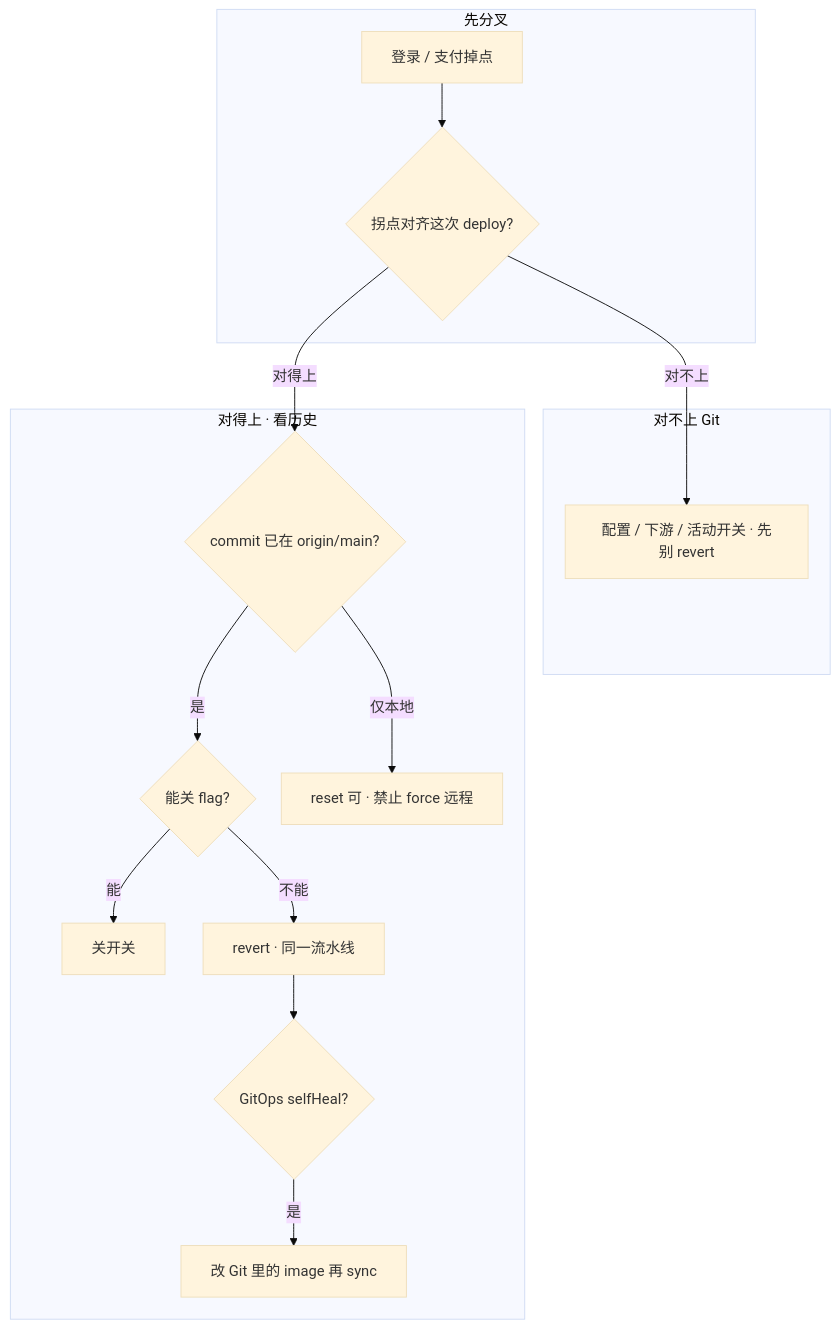
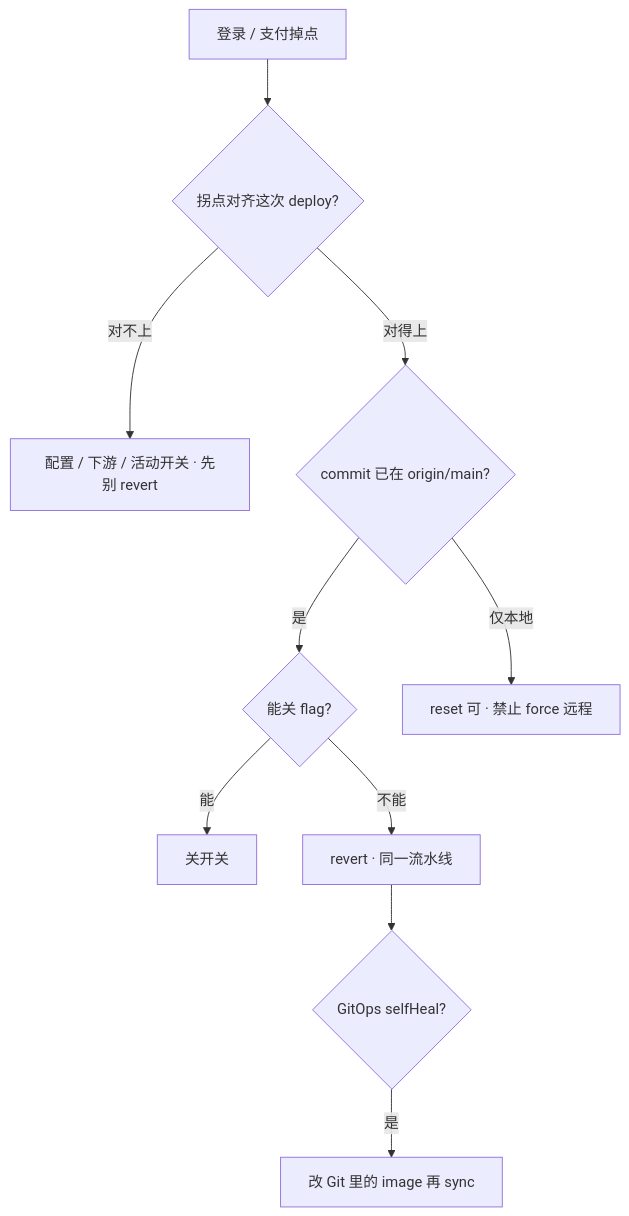
Before and after one commit to ml-cuizijun/LearnToLilith: the seventh of 7 diagrams in 04-工程化与自动化/01-Git工作流/知识点.md, drawn with Mermaid. The commit also changed other lines of this file and 178 other files, not shown here.

````diff
--- a/04-工程化与自动化/01-Git工作流/知识点.md
+++ b/04-工程化与自动化/01-Git工作流/知识点.md
@@ -607,24 +336,12 @@
 ```mermaid
-%%{init: {"flowchart": {"padding": 16, "nodeSpacing": 28, "rankSpacing": 48}, "theme": "base"}}%%
 flowchart TB
-    subgraph gate ["先分叉"]
-        A[登录 / 支付掉点] --> B{拐点对齐这次 deploy?}
-    end
-
-    subgraph notgit ["对不上 Git"]
-        B -->|对不上| C[配置 / 下游 / 活动开关 · 先别 revert]
-    end
-
-    subgraph hist ["对得上 · 看历史"]
-        B -->|对得上| D{commit 已在 origin/main?}
-        D -->|是| E{能关 flag?}
-        E -->|能| F[关开关]
-        E -->|不能| G[revert · 同一流水线]
-        D -->|仅本地| H[reset 可 · 禁止 force 远程]
-        G --> I{GitOps selfHeal?}
-        I -->|是| J[改 Git 里的 image 再 sync]
-    end
-
-    class G bad
-    class F,J ok
+    A[登录 / 支付掉点] --> B{拐点对齐这次 deploy?}
+    B -->|对不上| C[配置 / 下游 / 活动开关 · 先别 revert]
+    B -->|对得上| D{commit 已在 origin/main?}
+    D -->|是| E{能关 flag?}
+    E -->|能| F[关开关]
+    E -->|不能| G[revert · 同一流水线]
+    D -->|仅本地| H[reset 可 · 禁止 force 远程]
+    G --> I{GitOps selfHeal?}
+    I -->|是| J[改 Git 里的 image 再 sync]
 ```
````
